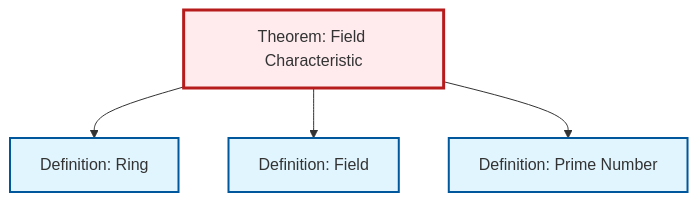
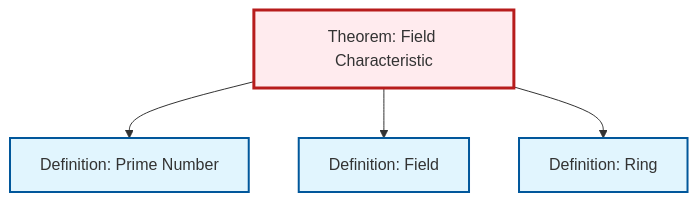
The diagram in content/ja/algebra/thm-field-characteristic.qmd (RK0429/ModernMath), drawn with Mermaid before and after one commit. The commit also changed other lines of this file and 581 other files, not shown here.

````diff
--- a/content/ja/algebra/thm-field-characteristic.qmd
+++ b/content/ja/algebra/thm-field-characteristic.qmd
@@ -54,20 +54,20 @@
 ```{mermaid}
 %%| fig-cap: "Local dependency graph"
 graph TD
     classDef definition fill:#e1f5fe,stroke:#01579b,stroke-width:2px
     classDef theorem fill:#f3e5f5,stroke:#4a148c,stroke-width:2px
     classDef axiom fill:#fff3e0,stroke:#e65100,stroke-width:2px
     classDef example fill:#e8f5e9,stroke:#1b5e20,stroke-width:2px
     classDef current fill:#ffebee,stroke:#b71c1c,stroke-width:3px
-    def-field["Definition: Field"]:::definition
+    def-prime["Definition: Prime Number"]:::definition
     thm-field-characteristic["Theorem: Field Characteristic"]:::theorem
     def-ring["Definition: Ring"]:::definition
-    def-prime["Definition: Prime Number"]:::definition
+    def-field["Definition: Field"]:::definition
+    thm-field-characteristic --> def-prime
+    thm-field-characteristic --> def-field
     thm-field-characteristic --> def-ring
-    thm-field-characteristic --> def-field
-    thm-field-characteristic --> def-prime
     class thm-field-characteristic current
+    click def-prime "def-prime.html" "Definition: Prime Numberへ"
+    click def-ring "def-ring.html" "Definition: Ringへ"
     click def-field "def-field.html" "Definition: Fieldへ"
-    click def-ring "def-ring.html" "Definition: Ringへ"
-    click def-prime "def-prime.html" "Definition: Prime Numberへ"
 ```
````
